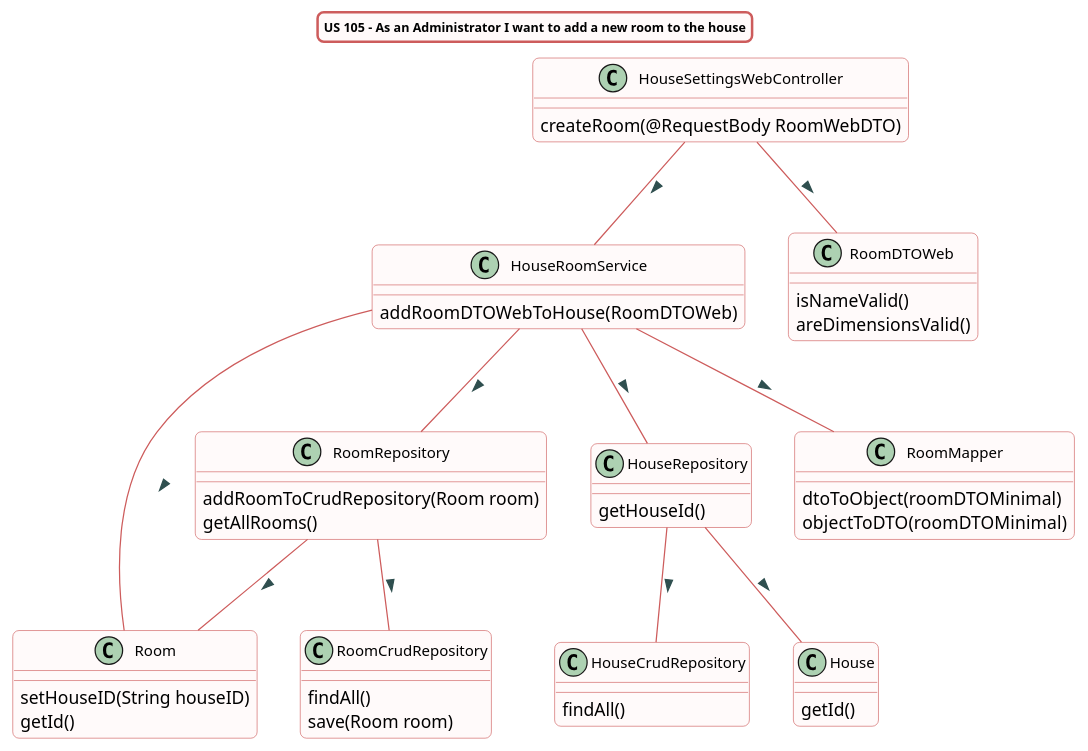
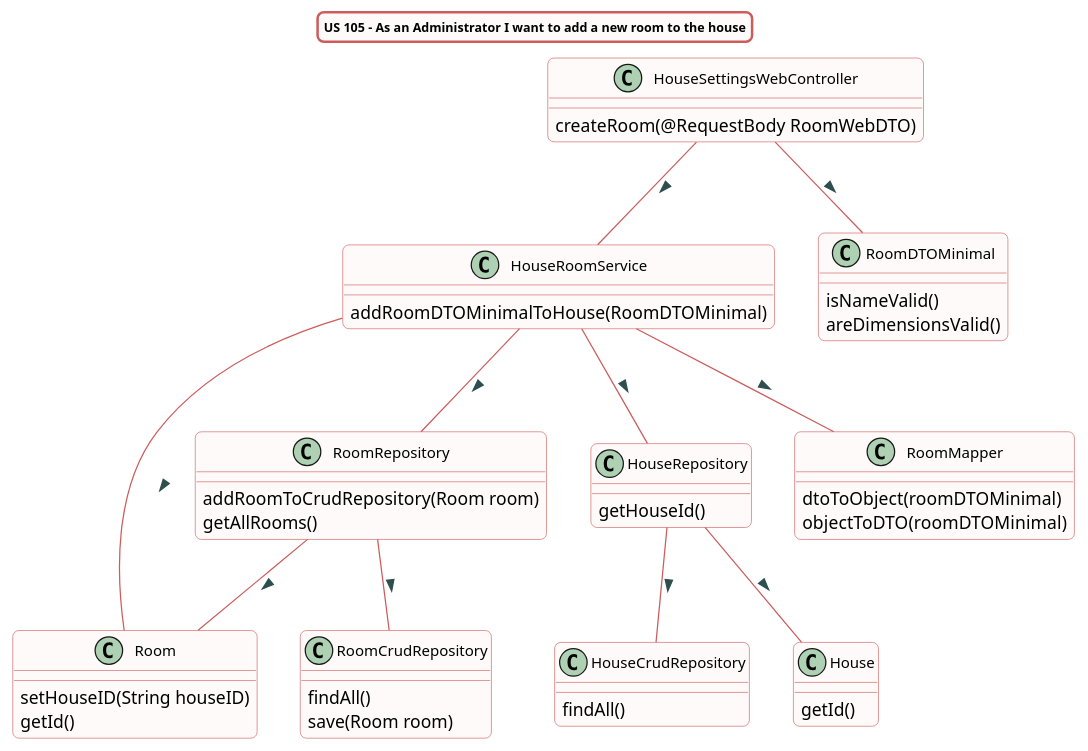
The diagram in src/doc/WEB_Controllers/HouseConfiguration/US105/US105_ClassDiagram.puml (Almadanmp/project), drawn with PlantUML before and after one commit. The commit also changed 11 other files, not shown here.

```diff
--- a/src/doc/WEB_Controllers/HouseConfiguration/US105/US105_ClassDiagram.puml
+++ b/src/doc/WEB_Controllers/HouseConfiguration/US105/US105_ClassDiagram.puml
@@ -1,93 +1,93 @@
 @startuml
 
 title US 105 - As an Administrator I want to add a new room to the house
 skinparam titleBorderRoundCorner 10
 skinparam titleBorderThickness 2
 skinparam titleBorderColor indianred
 skinparam titleBackgroundColor Snow
 skinparam FontName quicksand
 skinparam titleFontSize 10
 skinparam roundcorner 10
 
 
 skinparam class {
   BorderColor indianred
   BackgroundColor indianred
   BackgroundColor Snow
    roundcorner 10
    ArrowFontName Verdana
    ArrowColor indianred
    ArrowFontColor darkslategrey
    FontSize 12
 }
 
 class HouseSettingsWebController
 class HouseRoomService
 class RoomRepository
 class HouseRepository
 class Room
 class RoomMapper
 class HouseCrudRepository
 class RoomCrudRepository
 
 HouseSettingsWebController -- HouseRoomService: >
-HouseSettingsWebController -- RoomDTOWeb: >
+HouseSettingsWebController -- RoomDTOMinimal: >
 HouseRoomService -- RoomMapper : >
 HouseRoomService -- HouseRepository : >
 HouseRoomService -- RoomRepository : >
 HouseRoomService -- Room : >
 HouseRepository -- HouseCrudRepository : >
 HouseRepository -- House : >
 RoomRepository -- RoomCrudRepository : >
 RoomRepository -- Room : >
 
 
 
 
 class HouseSettingsWebController {
 createRoom(@RequestBody RoomWebDTO)
 }
 
-class RoomDTOWeb {
+class RoomDTOMinimal {
 isNameValid()
 areDimensionsValid()
 }
 
 class HouseRoomService {
-addRoomDTOWebToHouse(RoomDTOWeb)
+addRoomDTOMinimalToHouse(RoomDTOMinimal)
 }
 
 class Room{
 setHouseID(String houseID)
 getId()
 }
 
 class RoomMapper{
 dtoToObject(roomDTOMinimal)
 objectToDTO(roomDTOMinimal)
 }
 
 
 class RoomRepository {
 addRoomToCrudRepository(Room room)
 getAllRooms()
 }
 
 class HouseRepository {
 getHouseId()
 }
 
 class House {
 getId()
 }
 
 class RoomCrudRepository{
 findAll()
 save(Room room)
 }
 
 class HouseCrudRepository{
 findAll()
 }
 
 @enduml
```
